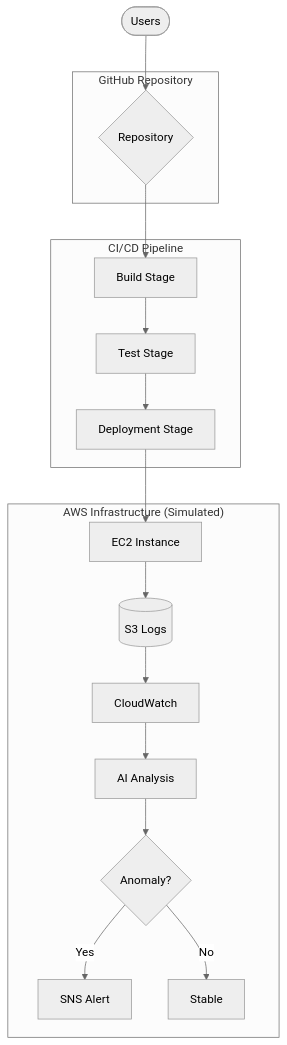
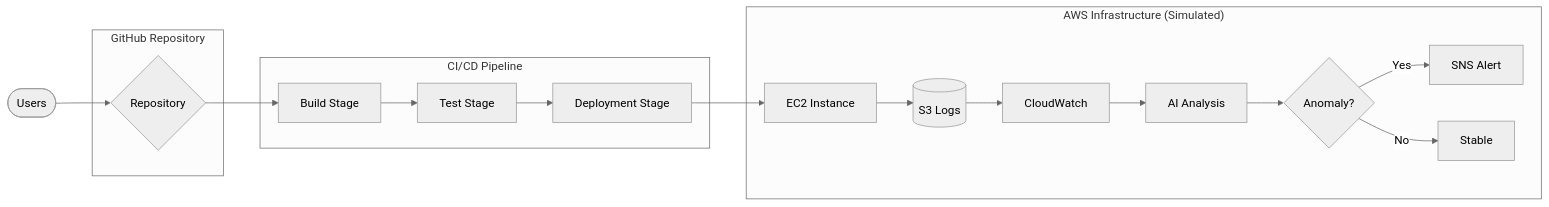
One commit to 01Sachinc/aws-ai-cicd-monitoring changed the first of 3 diagrams in README.md. Above: the diagram before and after it, drawn with Mermaid (neutral theme).

Commit message:
style: change infrastructure diagram to horizontal layout

````diff
--- a/README.md
+++ b/README.md
@@ -19,24 +19,24 @@
 ```mermaid
-graph TD
+graph LR
     User([Users]) --> GitHub
 
     subgraph GitHub_Repo ["GitHub Repository"]
         GitHub{Repository}
     end
 
     subgraph CICD ["CI/CD Pipeline"]
         GitHub --> Build[Build Stage]
         Build --> Test[Test Stage]
         Test --> Deploy[Deployment Stage]
     end
 
     subgraph AWS ["AWS Infrastructure (Simulated)"]
         Deploy --> EC2[EC2 Instance]
         EC2 --> S3[(S3 Logs)]
         S3 --> CW[CloudWatch]
         CW --> AI[AI Analysis]
         AI --> Decision{Anomaly?}
         Decision -->|Yes| SNS[SNS Alert]
         Decision -->|No| Stable[Stable]
     end
 ```
````
